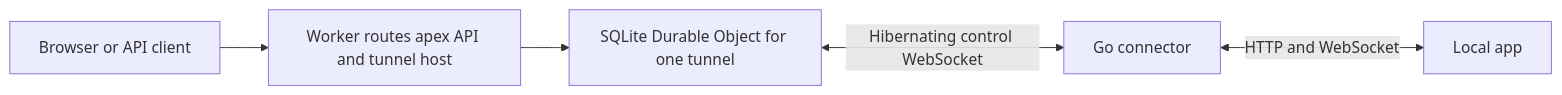
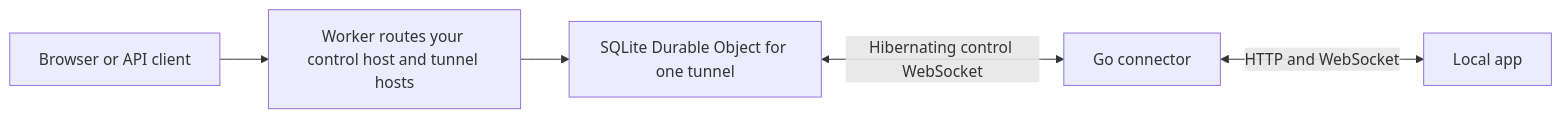
The diagram in README.md (tanwaikin/TunnelWorker), drawn with Mermaid before and after one commit. The commit also changed other lines of this file and 15 other files, not shown here.

````diff
--- a/README.md
+++ b/README.md
@@ -7,7 +7,7 @@
 ```mermaid
 flowchart LR
-  V[Browser or API client] --> W[Worker routes apex API and tunnel host]
+  V[Browser or API client] --> W[Worker routes your control host and tunnel hosts]
   W --> D[SQLite Durable Object for one tunnel]
   D <-->|Hibernating control WebSocket| C[Go connector]
   C <-->|HTTP and WebSocket| A[Local app]
 ```
````
